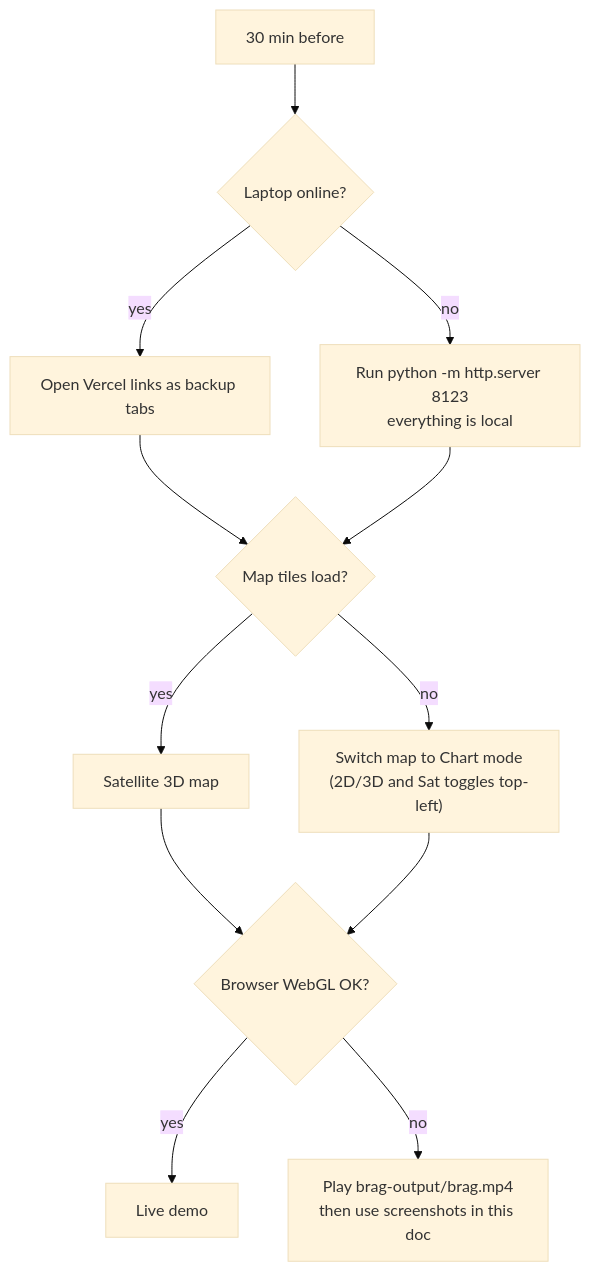
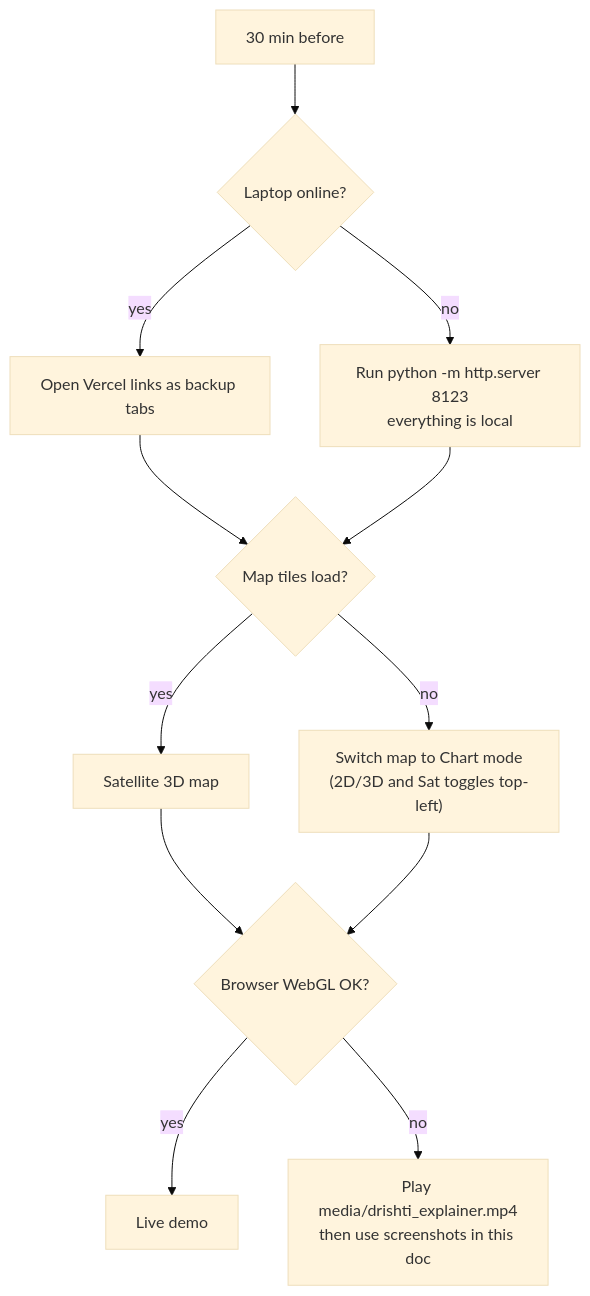
Diagram 21 of 21 in docs/DEMO_SCRIPT.md (arpitpandey0307/Drishti), drawn with Mermaid (base theme) before and after one commit. The commit also changed other lines of this file and 121 other files, not shown here.

````diff
--- a/docs/DEMO_SCRIPT.md
+++ b/docs/DEMO_SCRIPT.md
@@ -698,12 +698,12 @@
 ```mermaid
 flowchart TD
     A[30 min before] --> B{Laptop online?}
     B -- "yes" --> C[Open Vercel links as backup tabs]
     B -- "no" --> D["Run python -m http.server 8123<br/>everything is local"]
     C & D --> E{Map tiles load?}
     E -- "yes" --> F[Satellite 3D map]
     E -- "no" --> G["Switch map to Chart mode<br/>(2D/3D and Sat toggles top-left)"]
     F & G --> H{Browser WebGL OK?}
     H -- "yes" --> I[Live demo]
-    H -- "no" --> J["Play brag-output/brag.mp4<br/>then use screenshots in this doc"]
+    H -- "no" --> J["Play media/drishti_explainer.mp4<br/>then use screenshots in this doc"]
 ```
````
